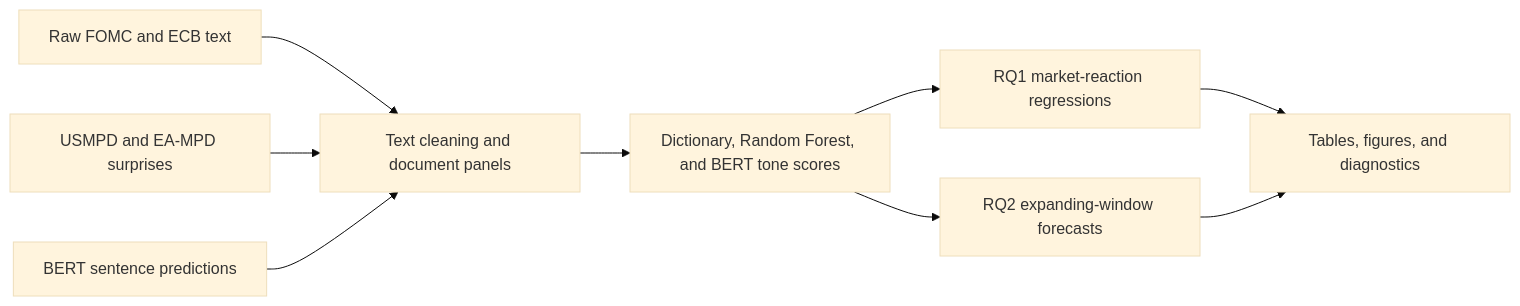
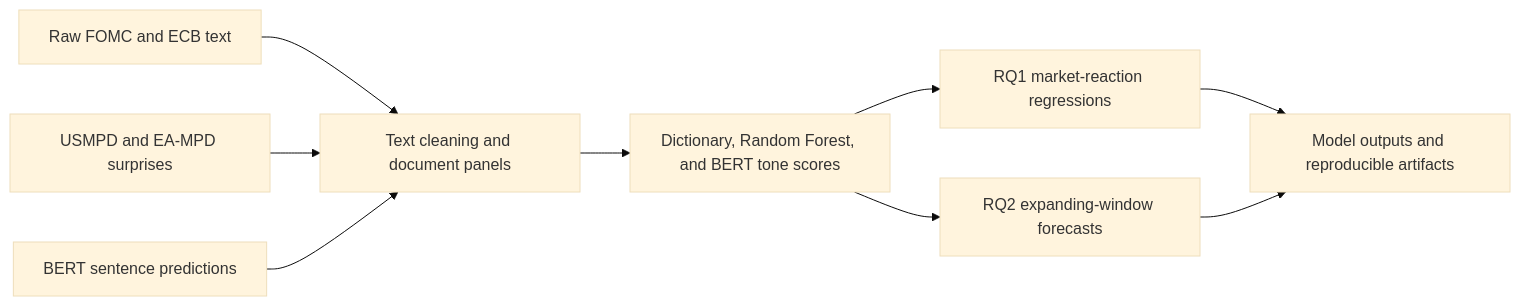
One commit to Kajetan330/central-bank-communication-and-market-reaction- changed the diagram in README.md. Above: the diagram before and after it, drawn with Mermaid (base theme). The commit also changed other lines of this file and 106 other files, not shown here.

````diff
--- a/README.md
+++ b/README.md
@@ -27,11 +27,11 @@
 ```mermaid
 flowchart LR
   A[Raw FOMC and ECB text] --> B[Text cleaning and document panels]
   C[USMPD and EA-MPD surprises] --> B
   D[BERT sentence predictions] --> B
   B --> E[Dictionary, Random Forest, and BERT tone scores]
   E --> F[RQ1 market-reaction regressions]
   E --> G[RQ2 expanding-window forecasts]
-  F --> H[Tables, figures, and diagnostics]
+  F --> H[Model outputs and reproducible artifacts]
   G --> H
 ```
````
